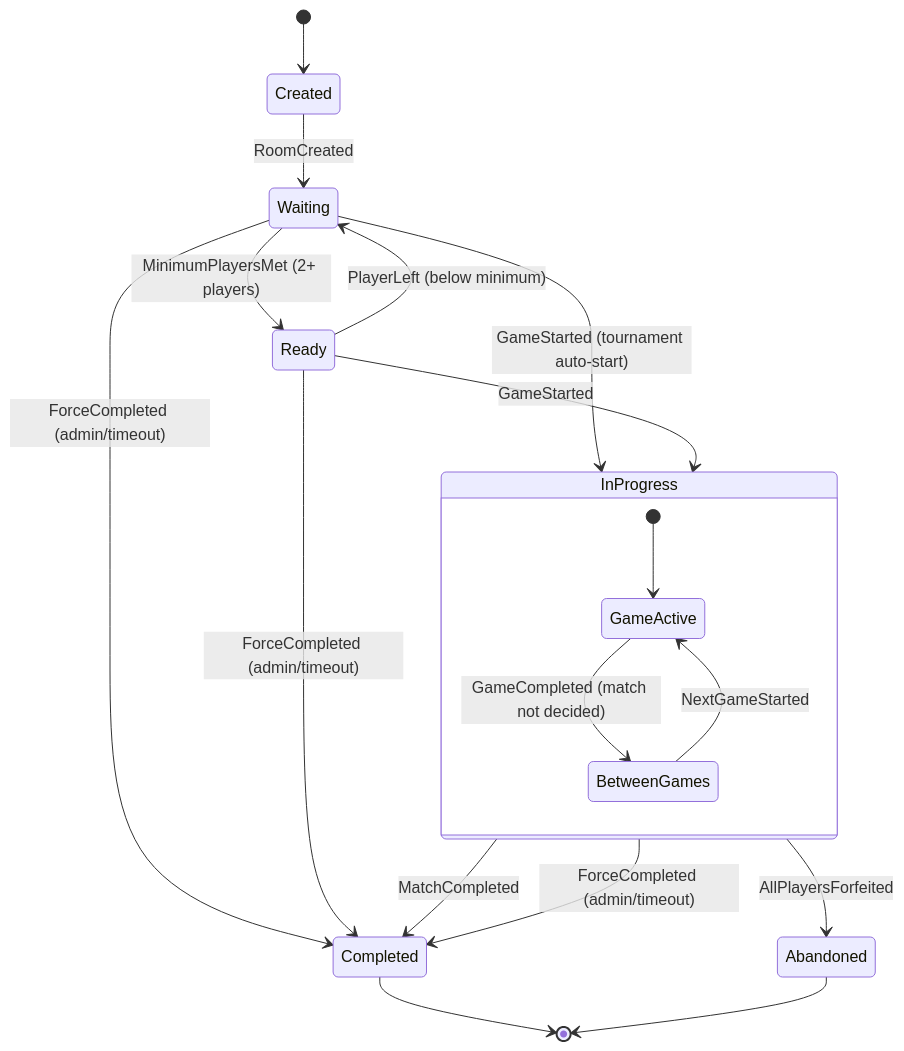
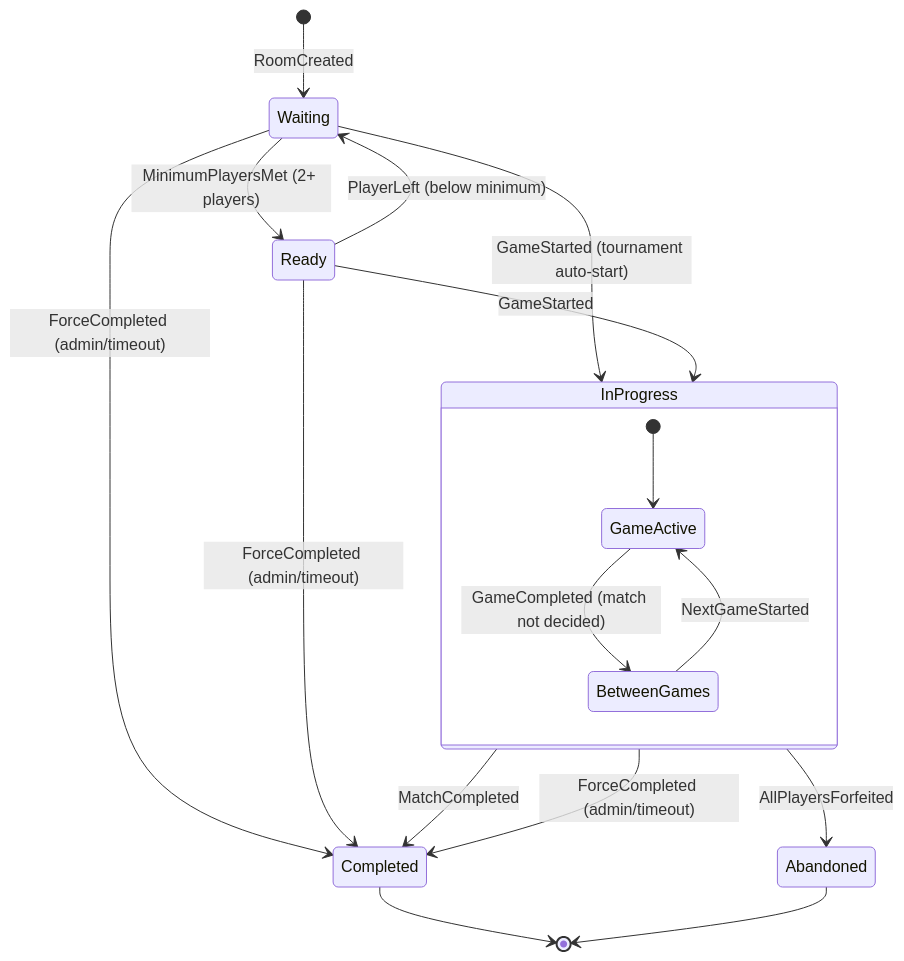
The diagram in spec/diagrams/room-lifecycle.md (berni-245/UnoArena), drawn with Mermaid before and after one commit. The commit also changed 16 other files, not shown here.

Commit message:
fix: reviewed and implemented the docs and diagrams files

````diff
--- a/spec/diagrams/room-lifecycle.md
+++ b/spec/diagrams/room-lifecycle.md
@@ -3,28 +3,26 @@
 ```mermaid
 stateDiagram-v2
-    [*] --> Created
-
-    Created --> Waiting : RoomCreated
+    [*] --> Waiting : RoomCreated
 
     Waiting --> Ready : MinimumPlayersMet (2+ players)
     Waiting --> InProgress : GameStarted (tournament auto-start)
 
     Ready --> Waiting : PlayerLeft (below minimum)
     Ready --> InProgress : GameStarted
 
     state InProgress {
         [*] --> GameActive
         GameActive --> BetweenGames : GameCompleted (match not decided)
         BetweenGames --> GameActive : NextGameStarted
     }
 
     InProgress --> Completed : MatchCompleted
     InProgress --> Abandoned : AllPlayersForfeited
 
     Waiting --> Completed : ForceCompleted (admin/timeout)
     Ready --> Completed : ForceCompleted (admin/timeout)
     InProgress --> Completed : ForceCompleted (admin/timeout)
 
     Completed --> [*]
     Abandoned --> [*]
 ```
````
